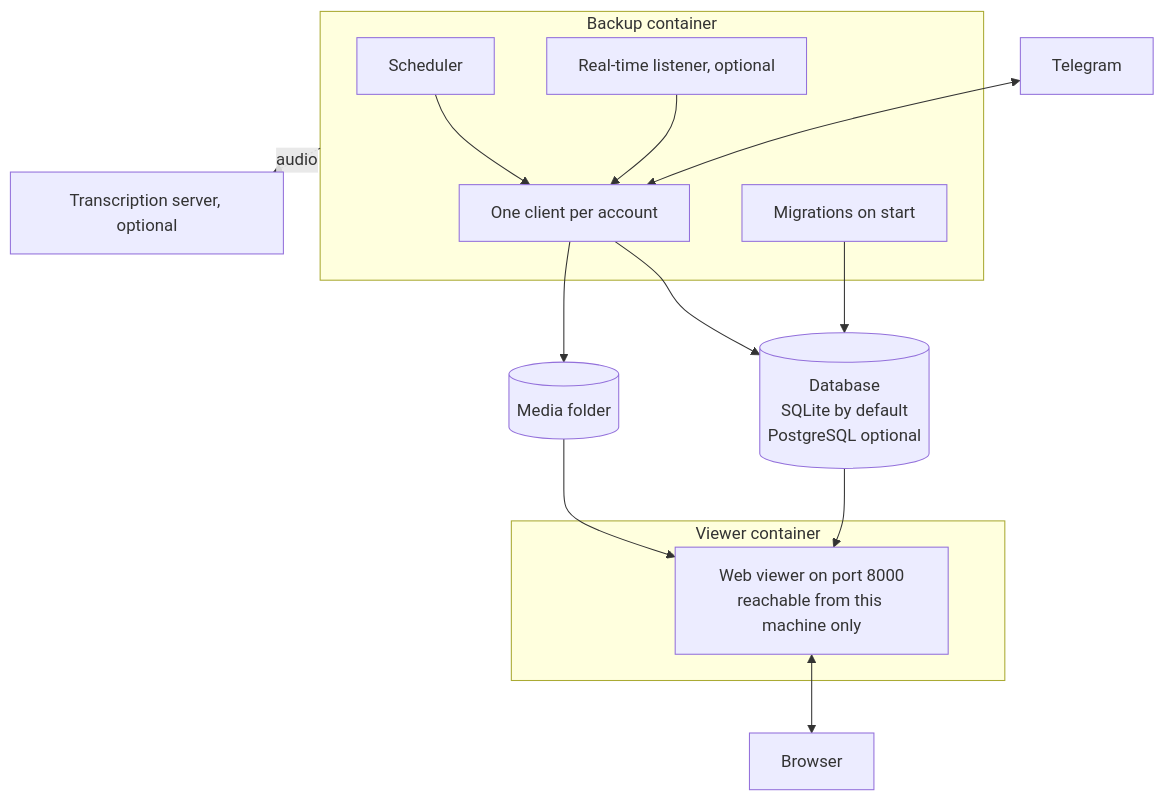
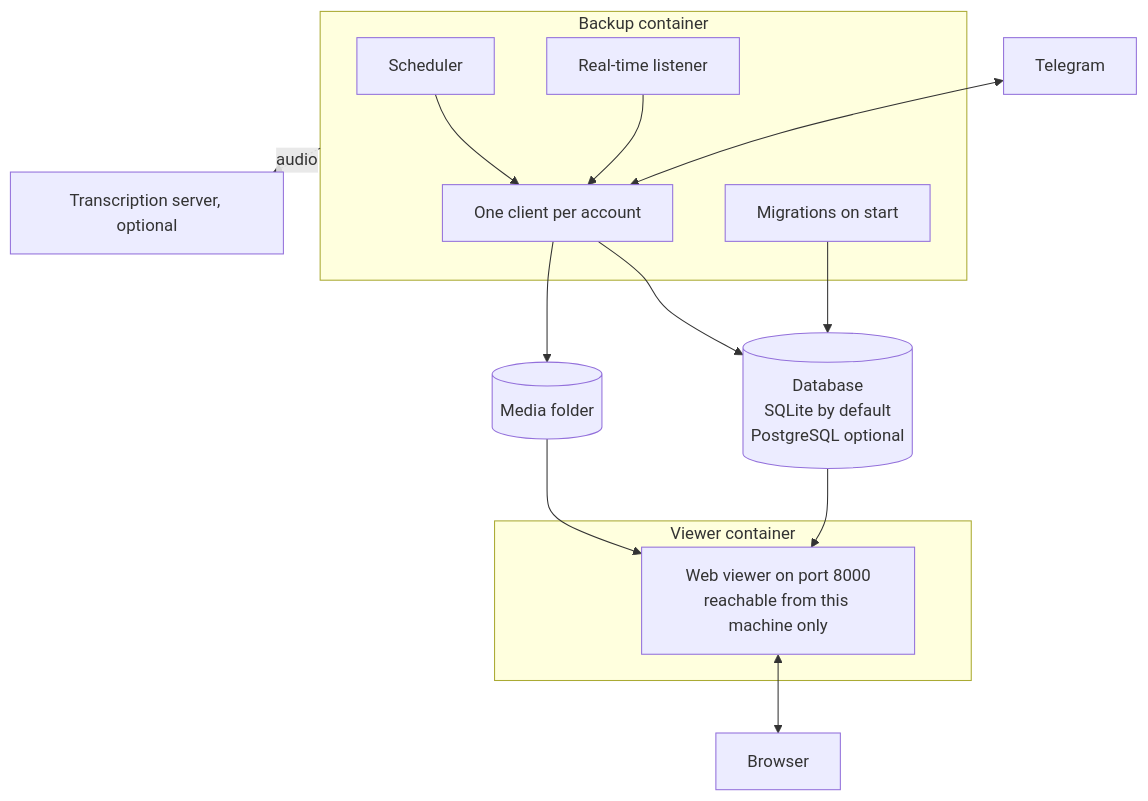
One commit to GeiserX/Telegram-Archive changed the diagram in docs/index.md. Above: the diagram before and after it, drawn with Mermaid. The commit also changed other lines of this file and 43 other files, not shown here.

Commit message:
feat: capture in real time by default, with one full pass a day (#552)

````diff
--- a/docs/index.md
+++ b/docs/index.md
@@ -86,28 +86,28 @@
 ```mermaid
 flowchart TB
     TG[Telegram]
     subgraph backup [Backup container]
         SCH[Scheduler]
         CL[One client per account]
-        LI[Real-time listener, optional]
+        LI[Real-time listener]
         MIG[Migrations on start]
     end
     DB[(Database<br/>SQLite by default<br/>PostgreSQL optional)]
     MEDIA[(Media folder)]
     TR[Transcription server, optional]
     subgraph viewer [Viewer container]
         WEB[Web viewer on port 8000<br/>reachable from this machine only]
     end
     BR[Browser]
 
     TG <--> CL
     SCH --> CL
     LI --> CL
     CL --> DB
     CL --> MEDIA
     MIG --> DB
     backup -.->|audio| TR
     DB --> WEB
     MEDIA --> WEB
     WEB <--> BR
 ```
````
